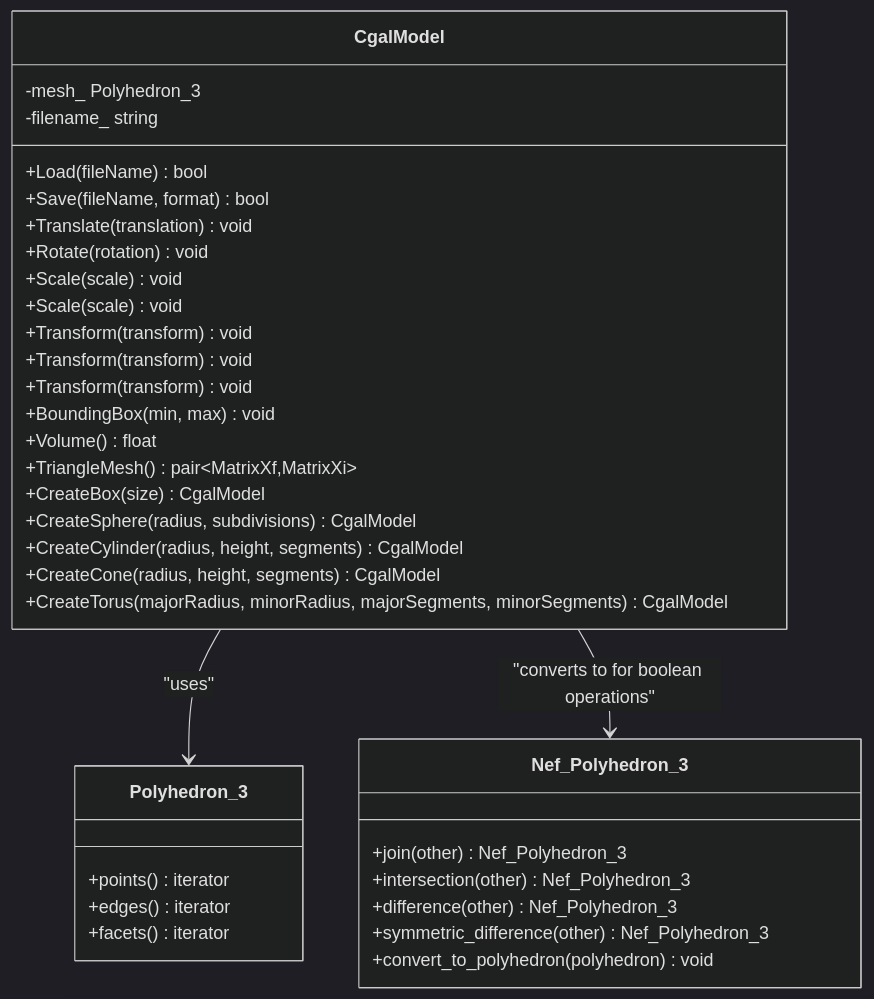
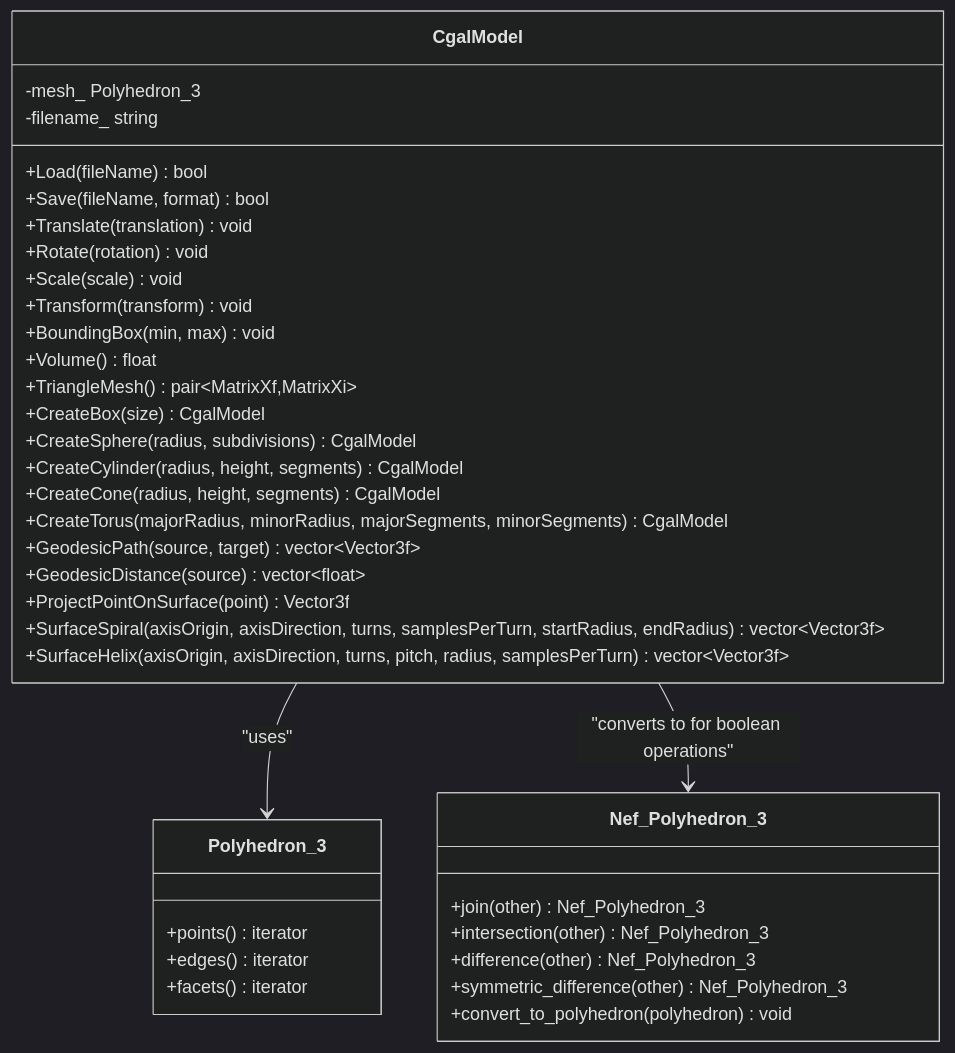
One commit to hsmbanlance/HsBaSlicer changed the second of 9 diagrams in .qoder/repowiki/en/content/Model Processing/Mesh Model Processing.md. Above: the diagram before and after it, drawn with Mermaid (dark theme). The commit also changed other lines of this file and 31 other files, not shown here.

First line of the commit message:
docs(architecture): 更新文档以包含事件处理系统和动态库测试

````diff
--- a/.qoder/repowiki/en/content/Model Processing/Mesh Model Processing.md
+++ b/.qoder/repowiki/en/content/Model Processing/Mesh Model Processing.md
@@ -136,38 +146,40 @@
 ```mermaid
 classDiagram
 class CgalModel {
 -mesh_ Polyhedron_3
 -filename_ string
 +Load(fileName) bool
 +Save(fileName, format) bool
 +Translate(translation) void
 +Rotate(rotation) void
 +Scale(scale) void
-+Scale(scale) void
-+Transform(transform) void
-+Transform(transform) void
 +Transform(transform) void
 +BoundingBox(min, max) void
 +Volume() float
 +TriangleMesh() pair~MatrixXf,MatrixXi~
 +CreateBox(size) CgalModel
 +CreateSphere(radius, subdivisions) CgalModel
 +CreateCylinder(radius, height, segments) CgalModel
 +CreateCone(radius, height, segments) CgalModel
 +CreateTorus(majorRadius, minorRadius, majorSegments, minorSegments) CgalModel
++GeodesicPath(source, target) vector~Vector3f~
++GeodesicDistance(source) vector~float~
++ProjectPointOnSurface(point) Vector3f
++SurfaceSpiral(axisOrigin, axisDirection, turns, samplesPerTurn, startRadius, endRadius) vector~Vector3f~
++SurfaceHelix(axisOrigin, axisDirection, turns, pitch, radius, samplesPerTurn) vector~Vector3f~
 }
 class Polyhedron_3 {
 +points() iterator
 +edges() iterator
 +facets() iterator
 }
 class Nef_Polyhedron_3 {
 +join(other) Nef_Polyhedron_3
 +intersection(other) Nef_Polyhedron_3
 +difference(other) Nef_Polyhedron_3
 +symmetric_difference(other) Nef_Polyhedron_3
 +convert_to_polyhedron(polyhedron) void
 }
 CgalModel --> Polyhedron_3 : "uses"
 CgalModel --> Nef_Polyhedron_3 : "converts to for boolean operations"
 ```
````
